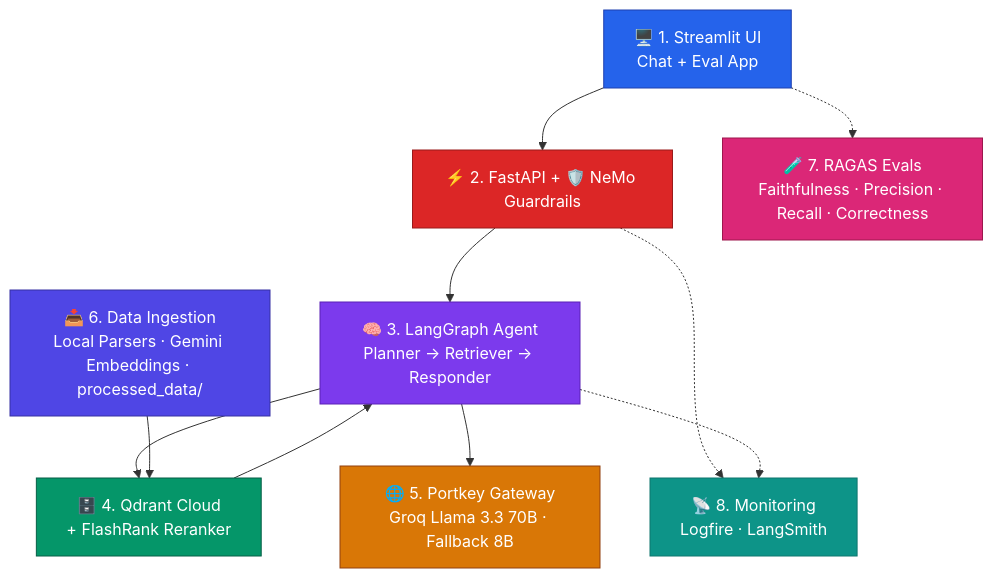
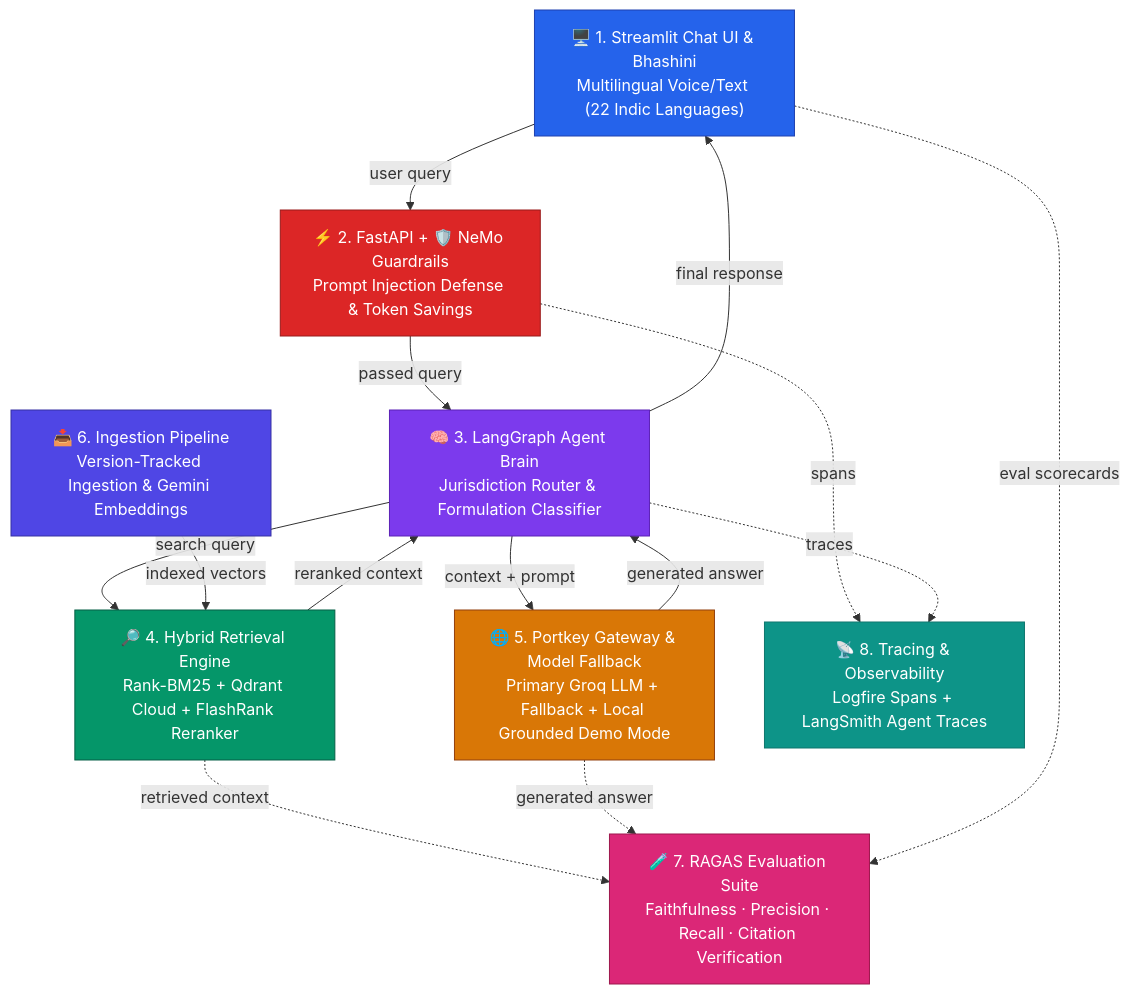
Before and after one commit to Titancobr/Enterprise-Agentic-RAG-System: the second of 2 diagrams in RAG_enterPriseSystem/ARCHITECTURE.md, drawn with Mermaid. The commit also changed other lines of this file and 96 other files, not shown here.

````diff
--- a/RAG_enterPriseSystem/ARCHITECTURE.md
+++ b/RAG_enterPriseSystem/ARCHITECTURE.md
@@ -235,37 +143,46 @@
 ```mermaid
 graph TB
-    A["🖥️ 1. Streamlit UI\nChat + Eval App"]
-    B["⚡ 2. FastAPI + 🛡️ NeMo Guardrails"]
-    C["🧠 3. LangGraph Agent\nPlanner → Retriever → Responder"]
-    D["🗄️ 4. Qdrant Cloud\n+ FlashRank Reranker"]
-    E["🌐 5. Portkey Gateway\nGroq Llama 3.3 70B · Fallback 8B"]
-    F["📥 6. Data Ingestion\nLocal Parsers · Gemini Embeddings · processed_data/"]
-    G["🧪 7. RAGAS Evals\nFaithfulness · Precision · Recall · Correctness"]
-    H["📡 8. Monitoring\nLogfire · LangSmith"]
+    A["🖥️ 1. Streamlit Chat UI & Bhashini\nMultilingual Voice/Text (22 Indic Languages)"]
+    B["⚡ 2. FastAPI + 🛡️ NeMo Guardrails\nPrompt Injection Defense & Token Savings"]
+    C["🧠 3. LangGraph Agent Brain\nJurisdiction Router & Formulation Classifier"]
+    D["🔎 4. Hybrid Retrieval Engine\nRank-BM25 + Qdrant Cloud + FlashRank Reranker"]
+    E["🌐 5. Portkey Gateway & Model Fallback\nPrimary Groq LLM + Fallback + Local Grounded Demo Mode"]
+    F["📥 6. Ingestion Pipeline\nVersion-Tracked Ingestion & Gemini Embeddings"]
+    G["🧪 7. RAGAS Evaluation Suite\nFaithfulness · Precision · Recall · Citation Verification"]
+    H["📡 8. Tracing & Observability\nLogfire Spans + LangSmith Agent Traces"]
 
-    A --> B --> C
-    C --> D --> C
-    C --> E
-    F --> D
-    A -.-> G
-    B -.-> H
-    C -.-> H
+    A -->|"user query"| B
+    B -->|"passed query"| C
+    C -->|"search query"| D
+    D -->|"reranked context"| C
+    C -->|"context + prompt"| E
+    E -->|"generated answer"| C
+    C -->|"final response"| A
+    F -->|"indexed vectors"| D
 
-    classDef ui      fill:#2563EB,stroke:#1E40AF,color:#fff
-    classDef safety  fill:#DC2626,stroke:#991B1B,color:#fff
-    classDef agent   fill:#7C3AED,stroke:#5B21B6,color:#fff
-    classDef db      fill:#059669,stroke:#065F46,color:#fff
-    classDef llm     fill:#D97706,stroke:#92400E,color:#fff
-    classDef ingest  fill:#4F46E5,stroke:#3730A3,color:#fff
-    classDef evals   fill:#DB2777,stroke:#9D174D,color:#fff
-    classDef obs     fill:#0D9488,stroke:#0F766E,color:#fff
+    %% RAGAS Dataflow Connections
+    D -.->|"retrieved context"| G
+    E -.->|"generated answer"| G
+    A -.->|"eval scorecards"| G
+
+    B -.->|"spans"| H
+    C -.->|"traces"| H
+
+    classDef ui      fill:#2563EB,stroke:#1E40AF,color:#ffffff
+    classDef safety  fill:#DC2626,stroke:#991B1B,color:#ffffff
+    classDef agent   fill:#7C3AED,stroke:#5B21B6,color:#ffffff
+    classDef db      fill:#059669,stroke:#065F46,color:#ffffff
+    classDef llm     fill:#D97706,stroke:#92400E,color:#ffffff
+    classDef ingest  fill:#4F46E5,stroke:#3730A3,color:#ffffff
+    classDef evals   fill:#DB2777,stroke:#9D174D,color:#ffffff
+    classDef obs     fill:#0D9488,stroke:#0F766E,color:#ffffff
 
     class A ui
     class B safety
     class C agent
     class D db
     class E llm
     class F ingest
     class G evals
     class H obs
 ```
````
